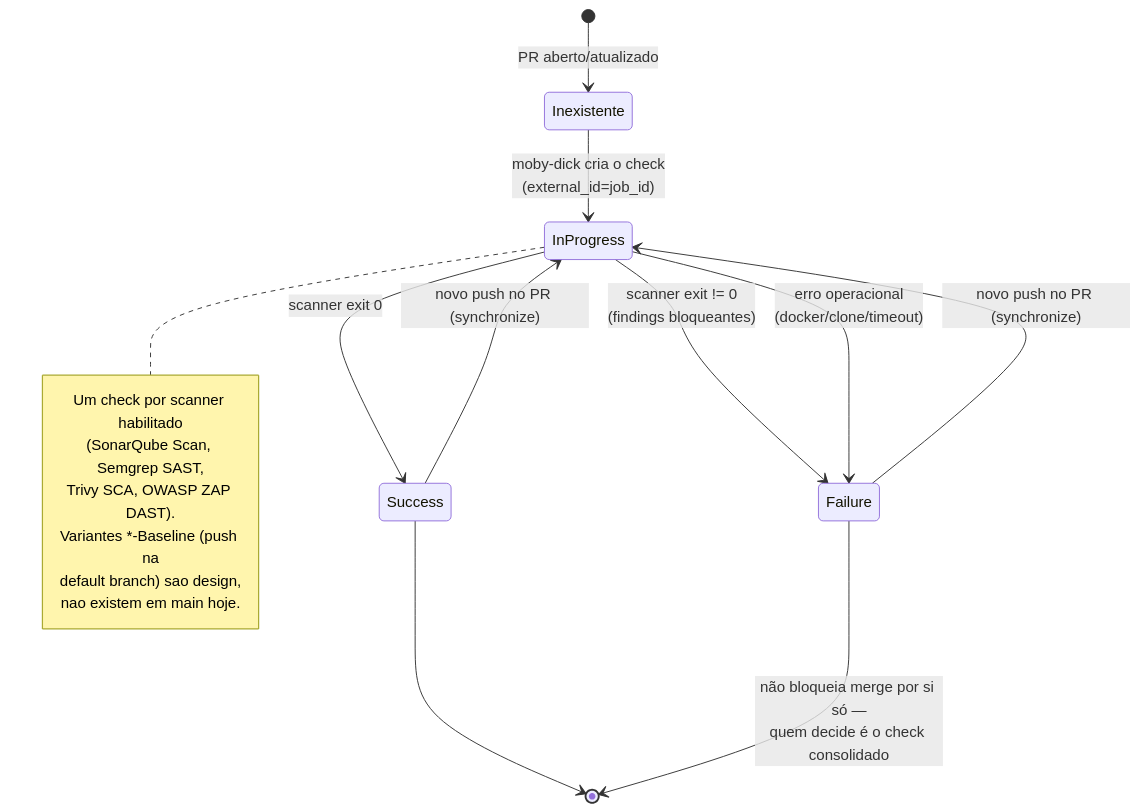
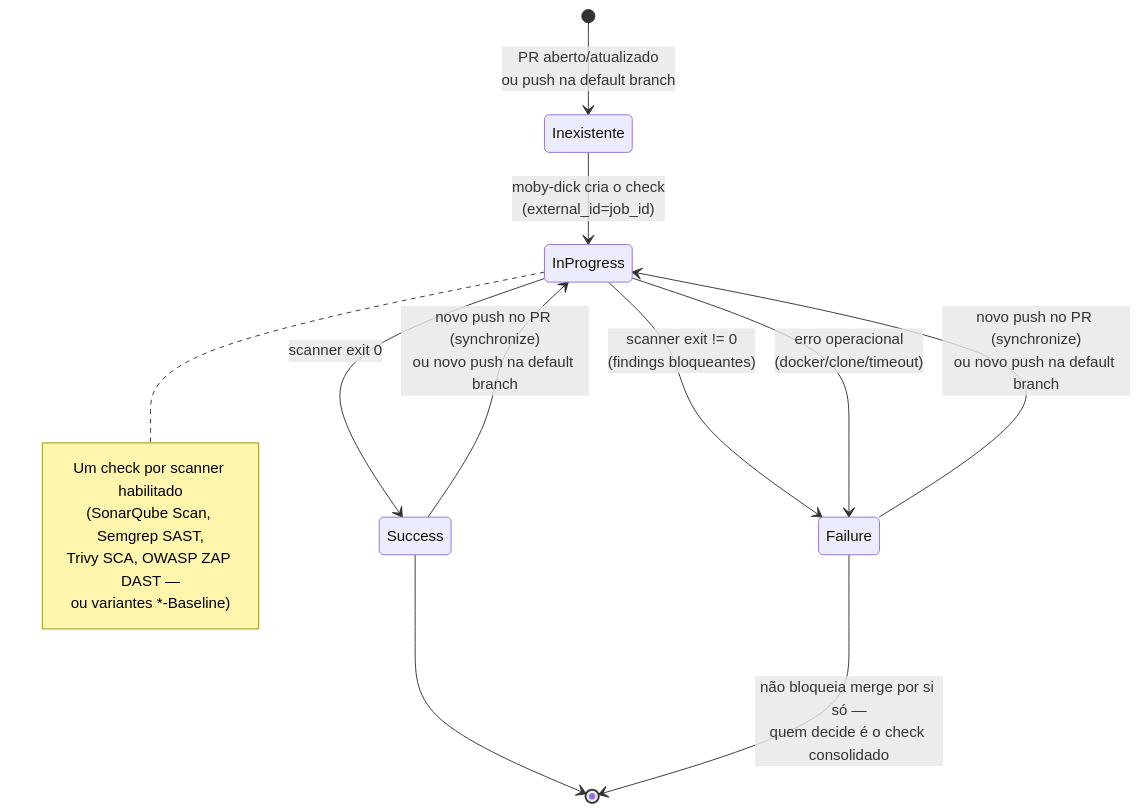
The third of 5 diagrams in docs/integration/check-run.md (OdinEye-FIAP/aspm-docs), drawn with Mermaid before and after one commit. The commit also changed other lines of this file and 1 other file, not shown here.

Commit message:
docs: corrigir check-run.md e onboarding-repo.md - Security Baseline confirmado em main

````diff
--- a/docs/integration/check-run.md
+++ b/docs/integration/check-run.md
@@ -199,24 +197,22 @@
 ```mermaid
 stateDiagram-v2
-    [*] --> Inexistente: PR aberto/atualizado
+    [*] --> Inexistente: PR aberto/atualizado<br/>ou push na default branch
 
     Inexistente --> InProgress: moby-dick cria o check<br/>(external_id=job_id)
     note right of InProgress
         Um check por scanner habilitado
         (SonarQube Scan, Semgrep SAST,
-        Trivy SCA, OWASP ZAP DAST).
-        Variantes *-Baseline (push na
-        default branch) sao design,
-        nao existem em main hoje.
+        Trivy SCA, OWASP ZAP DAST —
+        ou variantes *-Baseline)
     end note
 
     InProgress --> Success: scanner exit 0
     InProgress --> Failure: scanner exit != 0<br/>(findings bloqueantes)
     InProgress --> Failure: erro operacional<br/>(docker/clone/timeout)
 
-    Success --> InProgress: novo push no PR (synchronize)
-    Failure --> InProgress: novo push no PR (synchronize)
+    Success --> InProgress: novo push no PR (synchronize)<br/>ou novo push na default branch
+    Failure --> InProgress: novo push no PR (synchronize)<br/>ou novo push na default branch
 
     Success --> [*]
     Failure --> [*]: não bloqueia merge por si só —<br/>quem decide é o check consolidado
 ```
````
